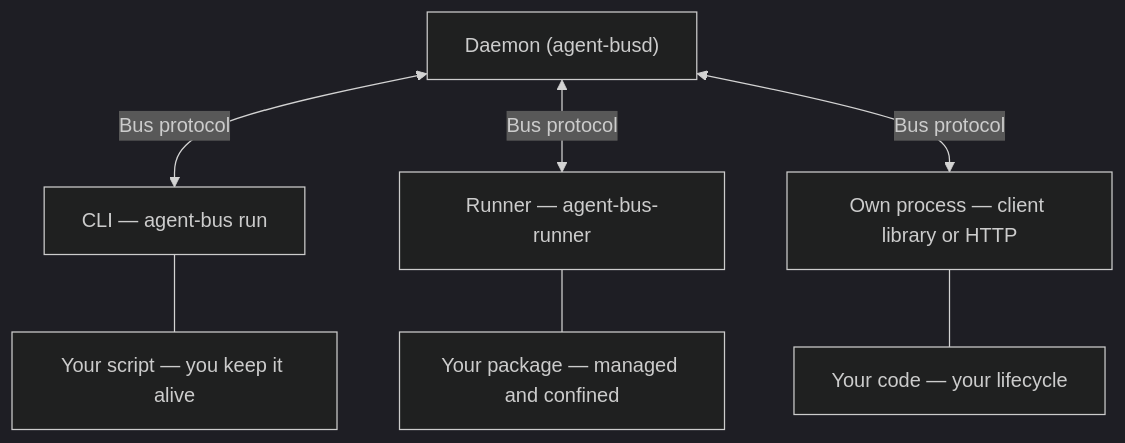
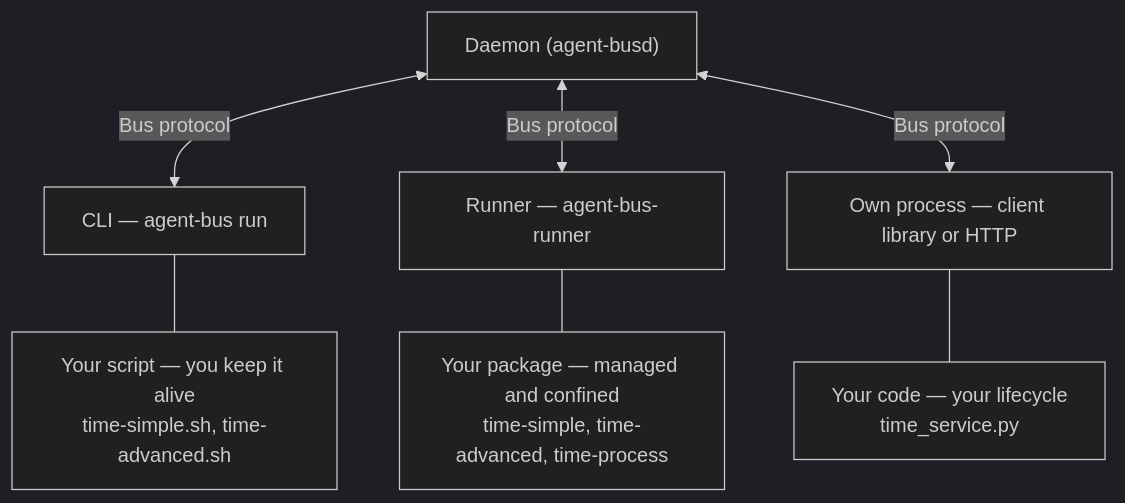
One commit to parf/ai-agent-bus changed the diagram in docs/10-writing-an-agent.md. Above: the diagram before and after it, drawn with Mermaid (dark theme). The commit also changed other lines of this file and 1 other file, not shown here.

Commit message:
The checklist shows the example nodes in its diagram and links the three worked pages

````diff
--- a/docs/10-writing-an-agent.md
+++ b/docs/10-writing-an-agent.md
@@ -10,10 +10,10 @@
 ```mermaid
 flowchart TB
     D["Daemon (agent-busd)"]
     D <-->|"Bus protocol"| C["CLI — agent-bus run"]
     D <-->|"Bus protocol"| R["Runner — agent-bus-runner"]
     D <-->|"Bus protocol"| P["Own process — client library or HTTP"]
-    C --- B["Your script — you keep it alive"]
-    R --- M["Your package — managed and confined"]
-    P --- Y["Your code — your lifecycle"]
+    C --- B["Your script — you keep it alive<br/>time-simple.sh, time-advanced.sh"]
+    R --- M["Your package — managed and confined<br/>time-simple, time-advanced, time-process"]
+    P --- Y["Your code — your lifecycle<br/>time_service.py"]
 ```
````
